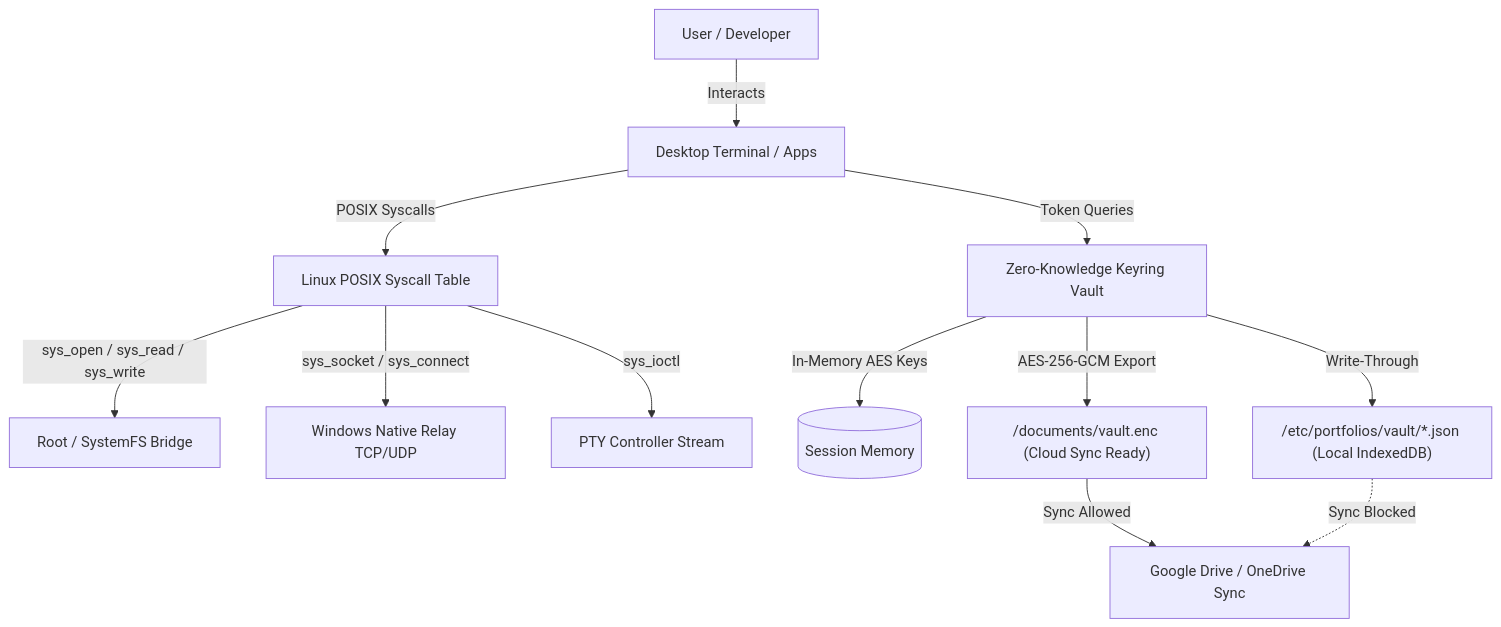
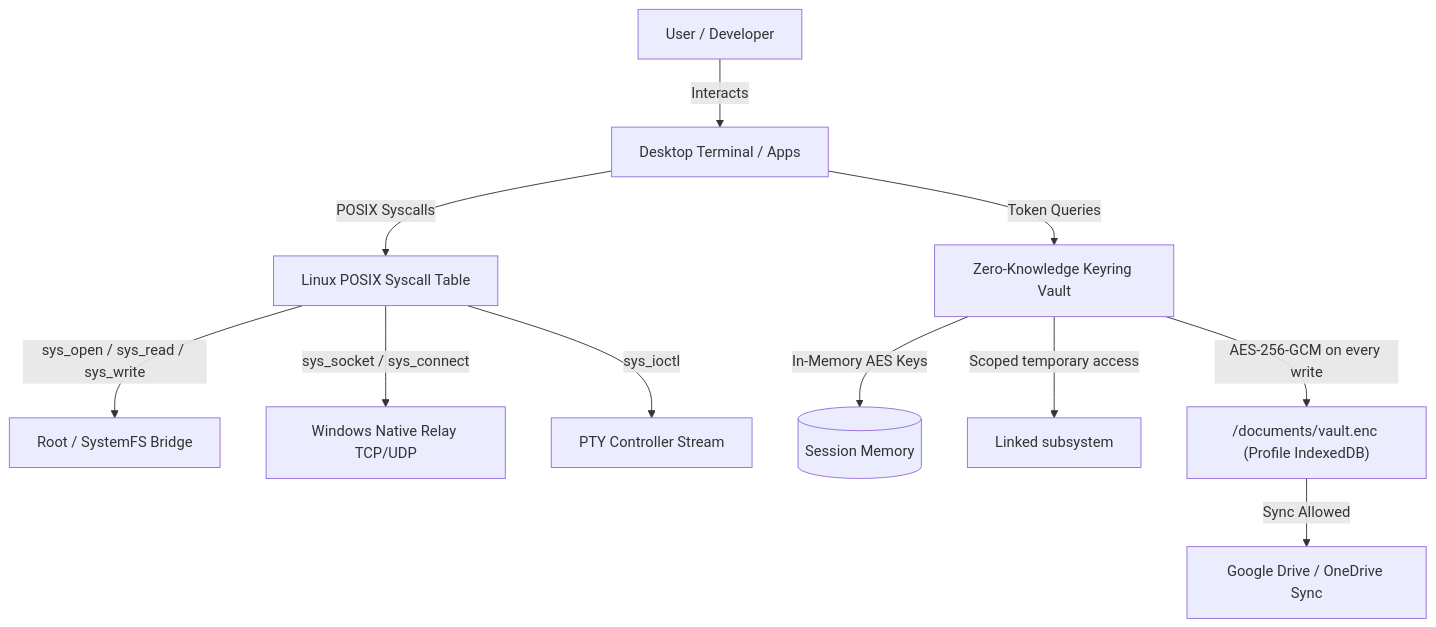
Before and after one commit to Bl4ut0/PortfoliOS: the diagram in ARCHITECTURE.md, drawn with Mermaid. The commit also changed other lines of this file and 23 other files, not shown here.

````diff
--- a/ARCHITECTURE.md
+++ b/ARCHITECTURE.md
@@ -82,14 +84,13 @@
 ```mermaid
 graph TD
     User[User / Developer] -->|Interacts| Terminal[Desktop Terminal / Apps]
     Terminal -->|POSIX Syscalls| SyscallTable[Linux POSIX Syscall Table]
     SyscallTable -->|sys_open / sys_read / sys_write| RootVFS[Root / SystemFS Bridge]
     SyscallTable -->|sys_socket / sys_connect| Relay[Windows Native Relay TCP/UDP]
     SyscallTable -->|sys_ioctl| PTY[PTY Controller Stream]
     Terminal -->|Token Queries| Vault[Zero-Knowledge Keyring Vault]
     Vault -->|In-Memory AES Keys| Memory[(Session Memory)]
-    Vault -->|Write-Through| LocalVault["/etc/portfolios/vault/*.json (Local IndexedDB)"]
-    Vault -->|AES-256-GCM Export| EncFile["/documents/vault.enc (Cloud Sync Ready)"]
+    Vault -->|Scoped temporary access| Consumer[Linked subsystem]
+    Vault -->|AES-256-GCM on every write| EncFile["/documents/vault.enc (Profile IndexedDB)"]
     EncFile -->|Sync Allowed| CloudSync[Google Drive / OneDrive Sync]
-    LocalVault -.->|Sync Blocked| CloudSync
 ```
````
